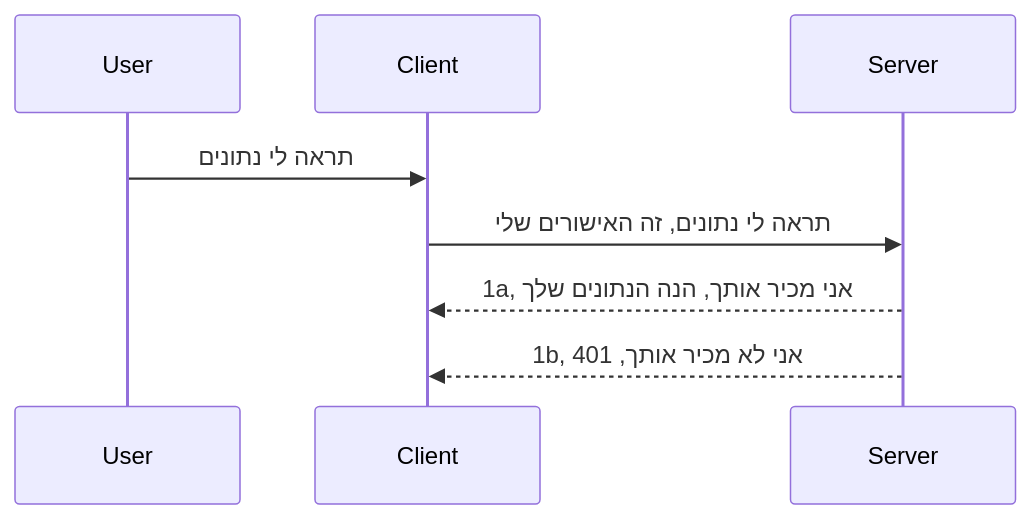
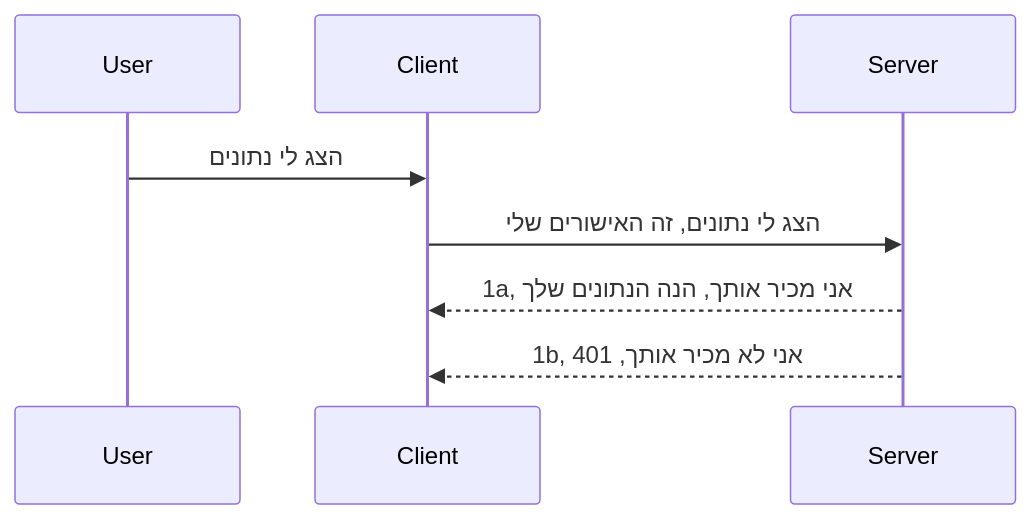
Before and after one commit to HIDORAKAI002/ai-workspace-archive: the diagram in mcp_ecosystem__model_context_protocol/mcp_learning_resources/mcp-for-beginners/translations/he/03-GettingStarted/11-simple-auth/README.md, drawn with Mermaid. The commit also changed other lines of this file and 1160 other files, not shown here.

````diff
--- a/mcp_ecosystem__model_context_protocol/mcp_learning_resources/mcp-for-beginners/translations/he/03-GettingStarted/11-simple-auth/README.md
+++ b/mcp_ecosystem__model_context_protocol/mcp_learning_resources/mcp-for-beginners/translations/he/03-GettingStarted/11-simple-auth/README.md
@@ -24,11 +24,11 @@
 ```mermaid
 sequenceDiagram
    participant User
    participant Client
    participant Server
 
-   User->>Client: תראה לי נתונים
-   Client->>Server: תראה לי נתונים, זה האישורים שלי
+   User->>Client: הצג לי נתונים
+   Client->>Server: הצג לי נתונים, זה האישורים שלי
    Server-->>Client: 1a, אני מכיר אותך, הנה הנתונים שלך
    Server-->>Client: 1b, אני לא מכיר אותך, 401 
-```  
+```
````
